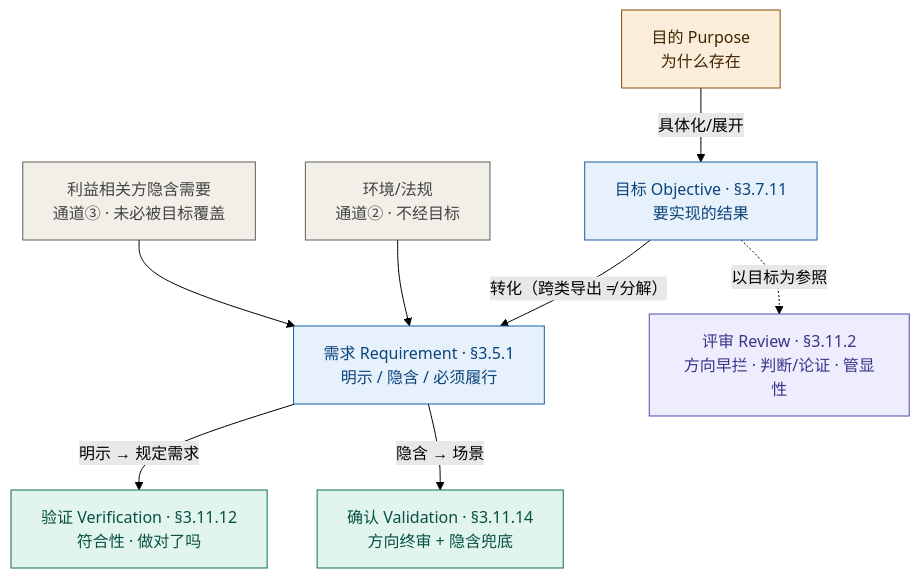
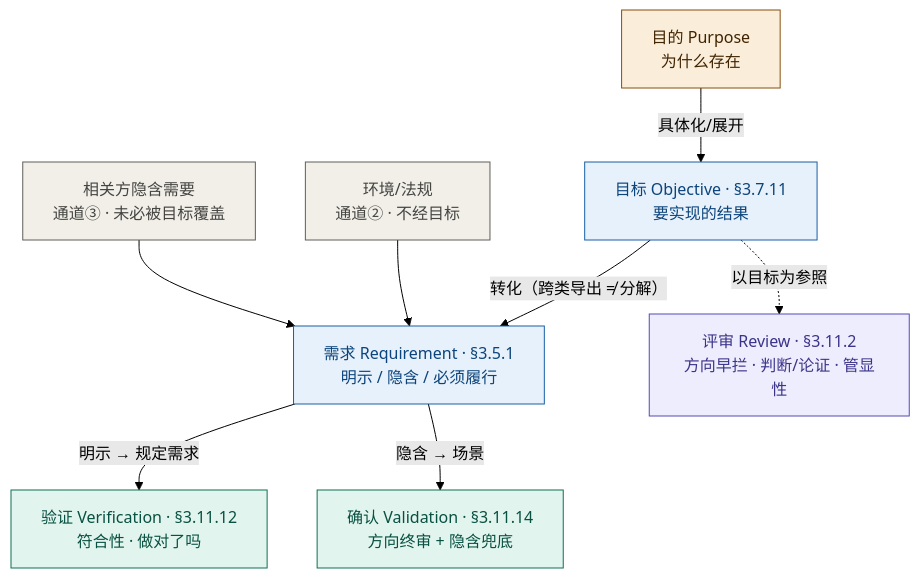
One commit to Yongjunzhou/business-Engineering changed the diagram in 10-系统工程研究/00-系统工程相关研究报告/06-架构概念研究报告-从术语到实践.md. Above: the diagram before and after it, drawn with Mermaid (forest theme). The commit also changed other lines of this file and 69 other files, not shown here.

````diff
--- a/10-系统工程研究/00-系统工程相关研究报告/06-架构概念研究报告-从术语到实践.md
+++ b/10-系统工程研究/00-系统工程相关研究报告/06-架构概念研究报告-从术语到实践.md
@@ -3090,18 +3090,18 @@
 ```mermaid
 flowchart TB
     P["目的 Purpose<br/>为什么存在"] -->|具体化/展开| O["目标 Objective · §3.7.11<br/>要实现的结果"]
     O -->|转化（跨类导出 ≠ 分解）| R["需求 Requirement · §3.5.1<br/>明示 / 隐含 / 必须履行"]
     E["环境/法规<br/>通道② · 不经目标"] --> R
-    S["利益相关方隐含需要<br/>通道③ · 未必被目标覆盖"] --> R
+    S["相关方隐含需要<br/>通道③ · 未必被目标覆盖"] --> R
     O -.以目标为参照.-> RV["评审 Review · §3.11.2<br/>方向早拦 · 判断/论证 · 管显性"]
     R -->|明示 → 规定需求| V["验证 Verification · §3.11.12<br/>符合性 · 做对了吗"]
     R -->|隐含 → 场景| VA["确认 Validation · §3.11.14<br/>方向终审 + 隐含兜底"]
     style P fill:#FAEEDA,stroke:#854F0B,color:#412402
     style O fill:#E6F1FB,stroke:#185FA5,color:#0C447C
     style R fill:#E6F1FB,stroke:#185FA5,color:#0C447C
     style E fill:#F1EFE8,stroke:#5F5E5A,color:#444441
     style S fill:#F1EFE8,stroke:#5F5E5A,color:#444441
     style RV fill:#EEEDFE,stroke:#534AB7,color:#3C3489
     style V fill:#E1F5EE,stroke:#0F6E56,color:#085041
     style VA fill:#E1F5EE,stroke:#0F6E56,color:#085041
 ```
````
